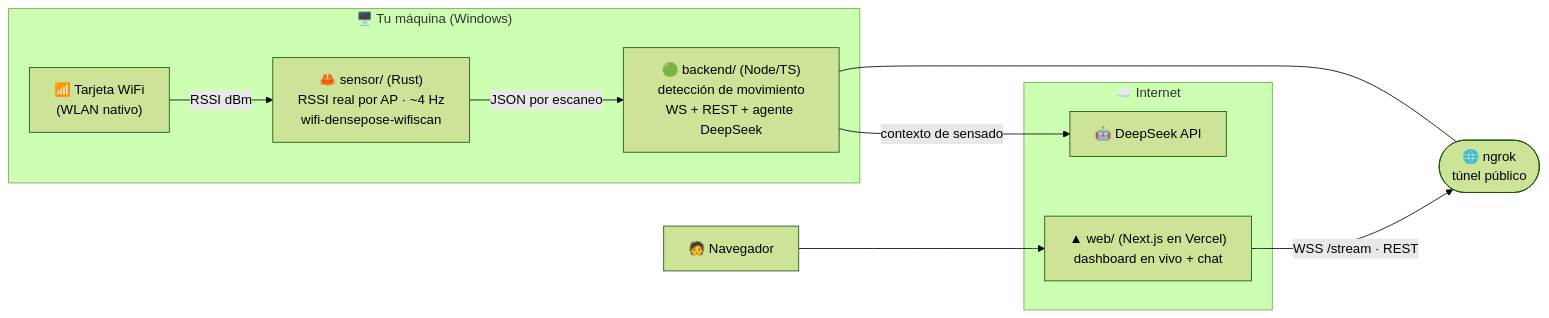
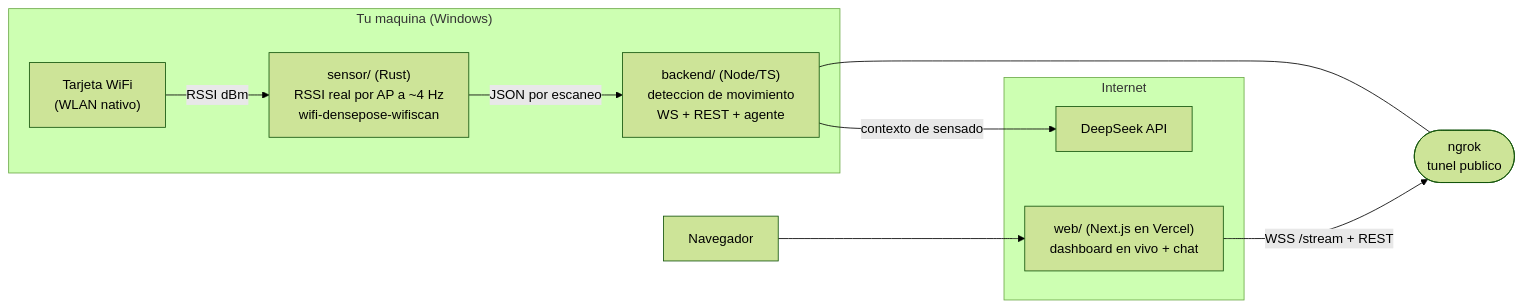
One commit to DevCristobalvc/ruview-wifi-sensing-poc changed the first of 4 diagrams in README.md. Above: the diagram before and after it, drawn with Mermaid (forest theme). The commit also changed other lines of this file and 4 other files, not shown here.

Commit message:
QA + robustez: sin emojis (frontend, docs, agente); ruta del sensor portable (relativa); README con diagramas de arquitectura, componentes y flujo (secuencia + algoritmo); agente instruido a no usar emojis

````diff
--- a/README.md
+++ b/README.md
@@ -32,18 +32,18 @@
 ```mermaid
 flowchart LR
-    subgraph LOCAL["🖥️ Tu máquina (Windows)"]
-        WIFI["📶 Tarjeta WiFi<br/>(WLAN nativo)"]
-        SENSOR["🦀 sensor/ (Rust)<br/>RSSI real por AP · ~4 Hz<br/>wifi-densepose-wifiscan"]
-        BACKEND["🟢 backend/ (Node/TS)<br/>detección de movimiento<br/>WS + REST + agente DeepSeek"]
+    subgraph LOCAL["Tu maquina (Windows)"]
+        WIFI["Tarjeta WiFi<br/>(WLAN nativo)"]
+        SENSOR["sensor/ (Rust)<br/>RSSI real por AP a ~4 Hz<br/>wifi-densepose-wifiscan"]
+        BACKEND["backend/ (Node/TS)<br/>deteccion de movimiento<br/>WS + REST + agente"]
         WIFI -->|RSSI dBm| SENSOR -->|JSON por escaneo| BACKEND
     end
-    NGROK(["🌐 ngrok<br/>túnel público"])
-    subgraph CLOUD["☁️ Internet"]
-        VERCEL["▲ web/ (Next.js en Vercel)<br/>dashboard en vivo + chat"]
-        DEEPSEEK["🤖 DeepSeek API"]
+    NGROK(["ngrok<br/>tunel publico"])
+    subgraph CLOUD["Internet"]
+        VERCEL["web/ (Next.js en Vercel)<br/>dashboard en vivo + chat"]
+        DEEPSEEK["DeepSeek API"]
     end
     BACKEND --- NGROK
-    VERCEL -->|WSS /stream · REST| NGROK
+    VERCEL -->|WSS /stream + REST| NGROK
     BACKEND -->|contexto de sensado| DEEPSEEK
-    USER["🧑 Navegador"] --> VERCEL
+    USER["Navegador"] --> VERCEL
 ```
````
